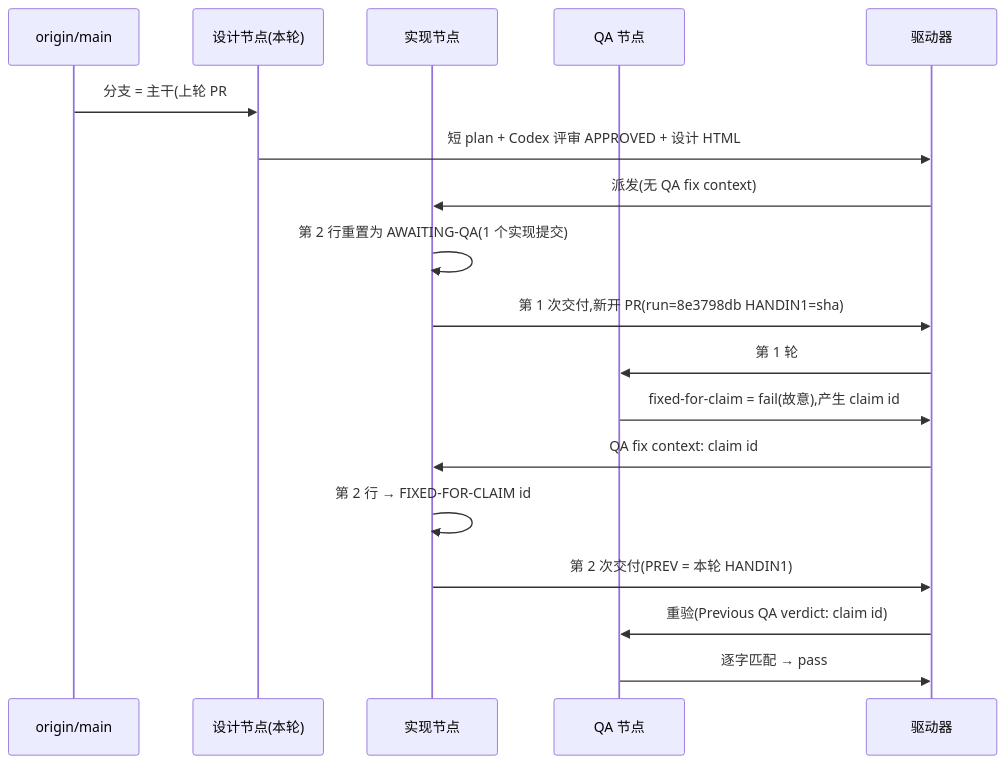
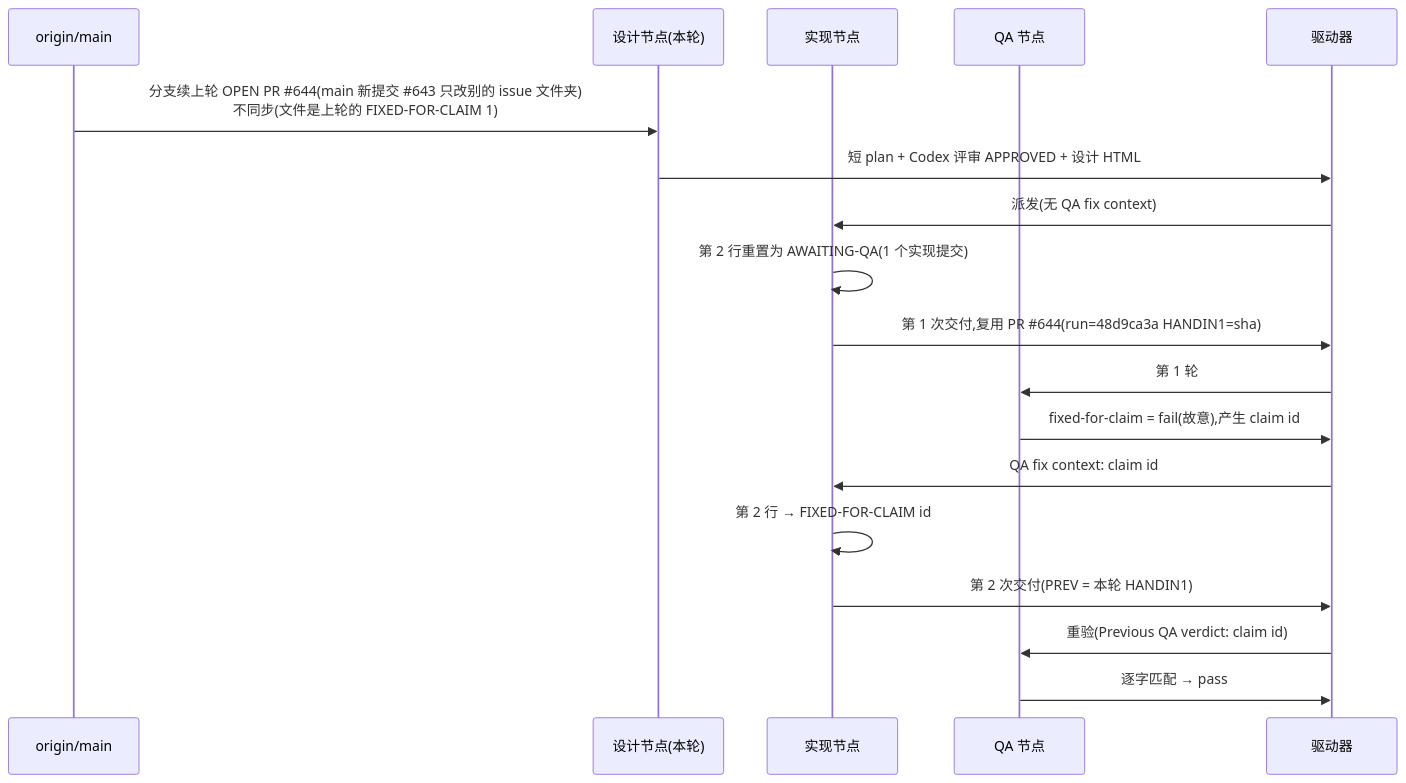
The diagram in engineering/doc/FLY-3150-real-runner-drill/d1-core-flow.mmd (xrliAnnie/flywheel-qa-sandbox), drawn with Mermaid before and after one commit. The commit also changed 5 other files, not shown here.

```diff
--- a/engineering/doc/FLY-3150-real-runner-drill/d1-core-flow.mmd
+++ b/engineering/doc/FLY-3150-real-runner-drill/d1-core-flow.mmd
@@ -1,18 +1,18 @@
 sequenceDiagram
     participant M as origin/main
     participant S as 设计节点(本轮)
     participant I as 实现节点
     participant Q as QA 节点
     participant D as 驱动器
-    M->>S: 分支 = 主干(上轮 PR #633 已合入、无新提交),不同步(文件是主干残留的 FIXED-FOR-CLAIM 1)
+    M->>S: 分支续上轮 OPEN PR #35;644(main 新提交 #35;643 只改别的 issue 文件夹)<br/>不同步(文件是上轮的 FIXED-FOR-CLAIM 1)
     S->>D: 短 plan + Codex 评审 APPROVED + 设计 HTML
     D->>I: 派发(无 QA fix context)
     I->>I: 第 2 行重置为 AWAITING-QA(1 个实现提交)
-    I->>D: 第 1 次交付,新开 PR(run=8e3798db HANDIN1=sha)
+    I->>D: 第 1 次交付,复用 PR #35;644(run=48d9ca3a HANDIN1=sha)
     D->>Q: 第 1 轮
     Q->>D: fixed-for-claim = fail(故意),产生 claim id
     D->>I: QA fix context: claim id
     I->>I: 第 2 行 → FIXED-FOR-CLAIM id
     I->>D: 第 2 次交付(PREV = 本轮 HANDIN1)
     D->>Q: 重验(Previous QA verdict: claim id)
     Q->>D: 逐字匹配 → pass
```
